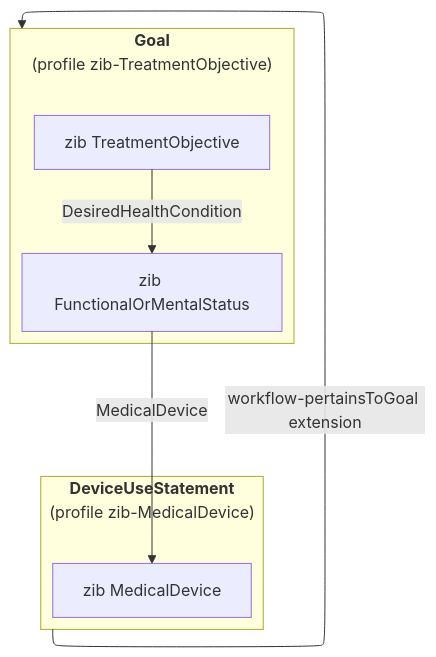
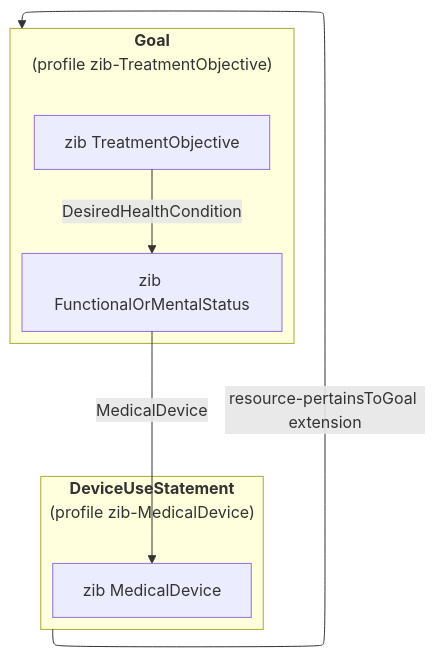
Before and after one commit to Nictiz/Nictiz-R4-zib2020: the second of 2 diagrams in documentation/zib TreatmentObjective.md, drawn with Mermaid. The commit also changed other lines of this file and 2 other files, not shown here.

Commit message:
Textual finetuning, added known issues

````diff
--- a/documentation/zib TreatmentObjective.md
+++ b/documentation/zib TreatmentObjective.md
@@ -25,19 +25,19 @@
 ```mermaid
 %%{init: {"flowchart": {"defaultRenderer": "elk"}} }%%
 graph TB
     subgraph zib-TreatmentObjective["`**Goal**
         (profile zib-TreatmentObjective)`"]
         TO["zib TreatmentObjective"]
         FOMS["zib FunctionalOrMentalStatus"]
         TO --DesiredHealthCondition--> FOMS
     end
 
     subgraph zib-MedicalDevice["`**DeviceUseStatement**
         (profile zib-MedicalDevice)`"]
         MD["zib MedicalDevice"]
     end
 
     FOMS --MedicalDevice--> MD
 
-    zib-MedicalDevice --workflow-pertainsToGoal extension--> zib-TreatmentObjective
+    zib-MedicalDevice --resource-pertainsToGoal extension--> zib-TreatmentObjective
 ```
````
